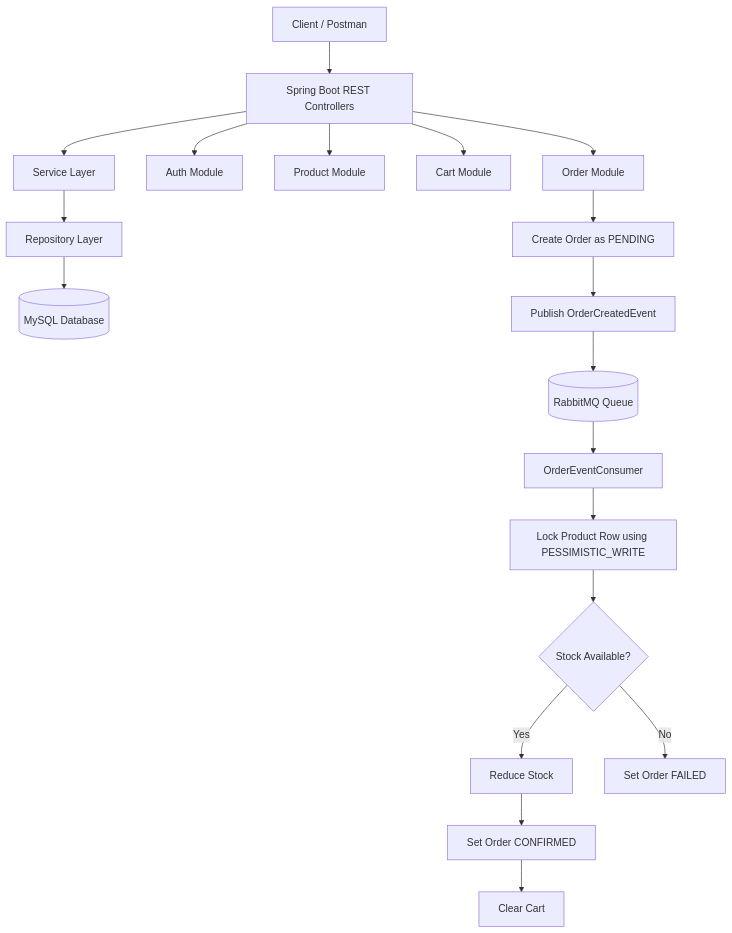
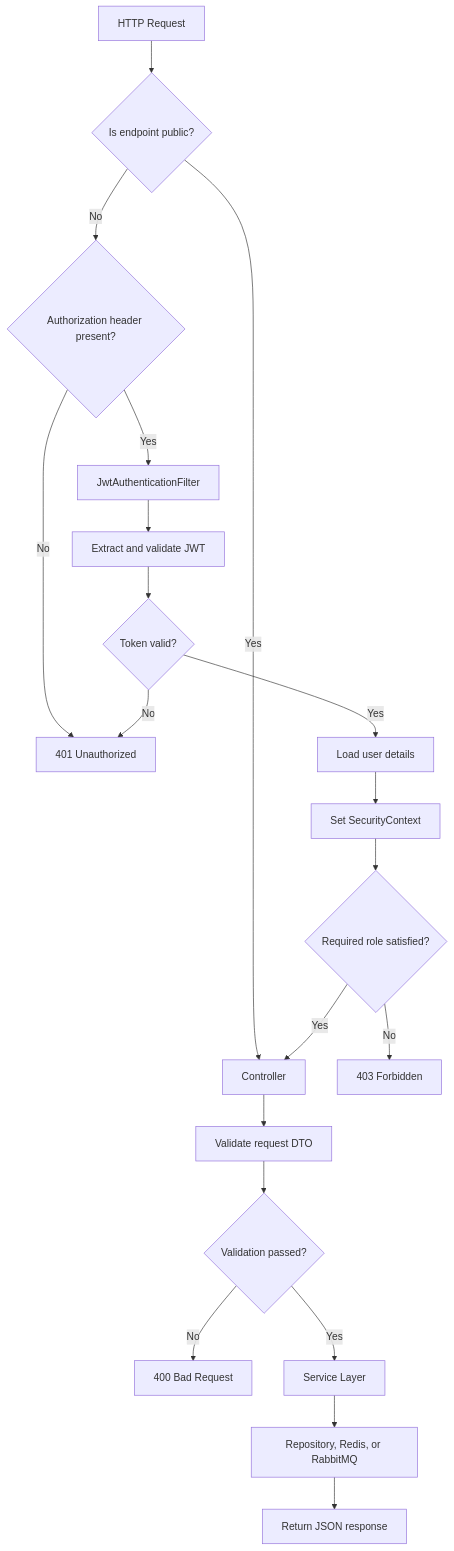
The tenth of 13 diagrams in README.md (auditee/E-commerce-platform-using-springboot), drawn with Mermaid before and after one commit. The commit also changed other lines of this file, not shown here.

````diff
--- a/README.md
+++ b/README.md
@@ -202,23 +1049,22 @@
 ```mermaid
 flowchart TD
-    A[Client / Postman] --> B[Spring Boot REST Controllers]
-    B --> C[Service Layer]
-    C --> D[Repository Layer]
-    D --> E[(MySQL Database)]
-
-    B --> F[Auth Module]
-    B --> G[Product Module]
-    B --> H[Cart Module]
-    B --> I[Order Module]
-
-    I --> J[Create Order as PENDING]
-    J --> K[Publish OrderCreatedEvent]
-    K --> L[(RabbitMQ Queue)]
-    L --> M[OrderEventConsumer]
-    M --> N[Lock Product Row using PESSIMISTIC_WRITE]
-    N --> O{Stock Available?}
-    O -->|Yes| P[Reduce Stock]
-    P --> Q[Set Order CONFIRMED]
-    Q --> R[Clear Cart]
-    O -->|No| S[Set Order FAILED]
+    A[HTTP Request] --> B{Is endpoint public?}
+    B -- Yes --> C[Controller]
+    B -- No --> D{Authorization header present?}
+    D -- No --> E[401 Unauthorized]
+    D -- Yes --> F[JwtAuthenticationFilter]
+    F --> G[Extract and validate JWT]
+    G --> H{Token valid?}
+    H -- No --> E
+    H -- Yes --> I[Load user details]
+    I --> J[Set SecurityContext]
+    J --> K{Required role satisfied?}
+    K -- No --> L[403 Forbidden]
+    K -- Yes --> C
+    C --> M[Validate request DTO]
+    M --> N{Validation passed?}
+    N -- No --> O[400 Bad Request]
+    N -- Yes --> P[Service Layer]
+    P --> Q[Repository, Redis, or RabbitMQ]
+    Q --> R[Return JSON response]
 ```
````
